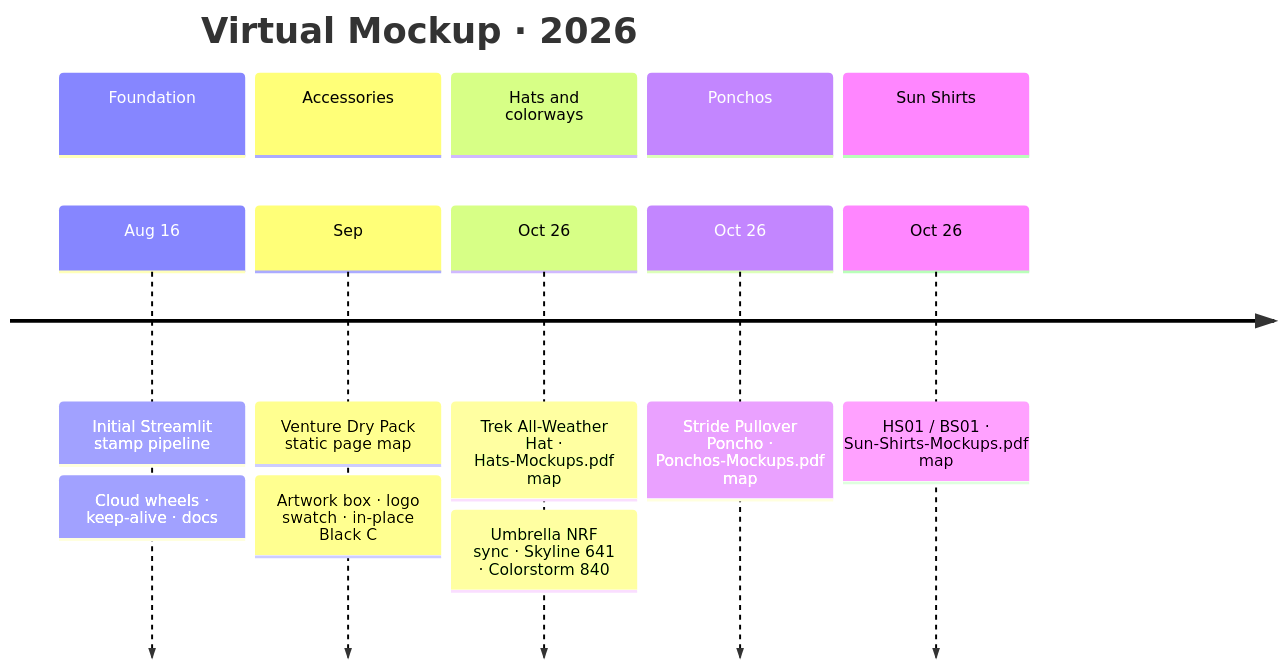
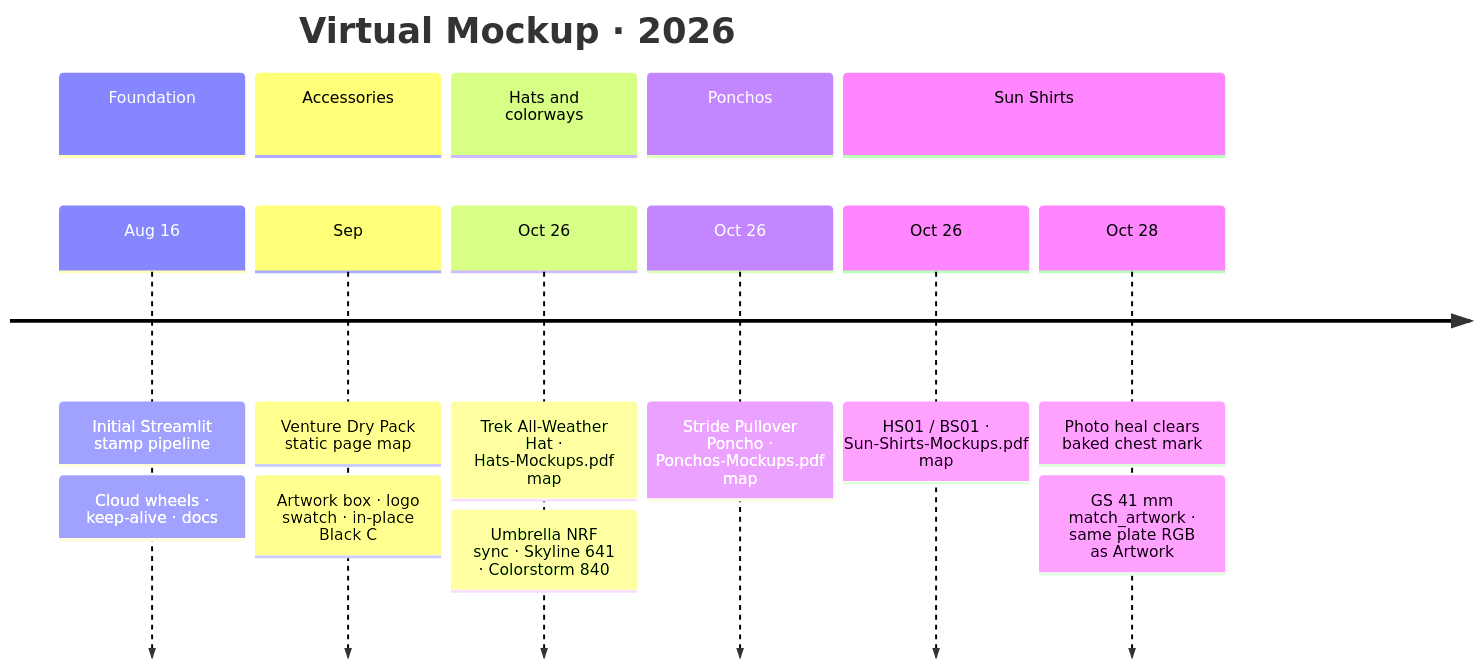
Before and after one commit to WeathermanInc/virtual-mockup: the fourth of 4 diagrams in README.md, drawn with Mermaid. The commit also changed other lines of this file and 2 other files, not shown here.

First line of the commit message:
Document sun shirt photo heal and GS Artwork plate sync.

````diff
--- a/README.md
+++ b/README.md
@@ -226,17 +226,19 @@
 ```mermaid
 timeline
   title Virtual Mockup · 2026
   section Foundation
     Aug 16 : Initial Streamlit stamp pipeline
            : Cloud wheels · keep-alive · docs
   section Accessories
     Sep : Venture Dry Pack static page map
         : Artwork box · logo swatch · in-place Black C
   section Hats and colorways
     Oct 26 : Trek All-Weather Hat · Hats-Mockups.pdf map
            : Umbrella NRF sync · Skyline 641 · Colorstorm 840
   section Ponchos
     Oct 26 : Stride Pullover Poncho · Ponchos-Mockups.pdf map
   section Sun Shirts
     Oct 26 : HS01 / BS01 · Sun-Shirts-Mockups.pdf map
+    Oct 28 : Photo heal clears baked chest mark
+           : GS 41 mm match_artwork · same plate RGB as Artwork
 ```
````
